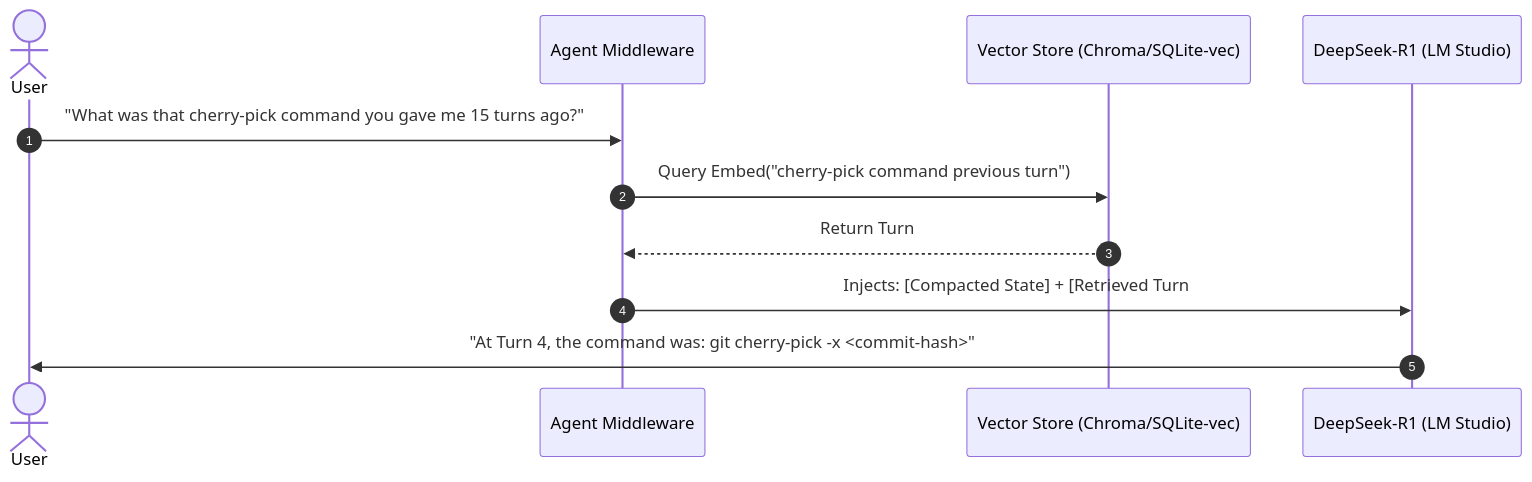
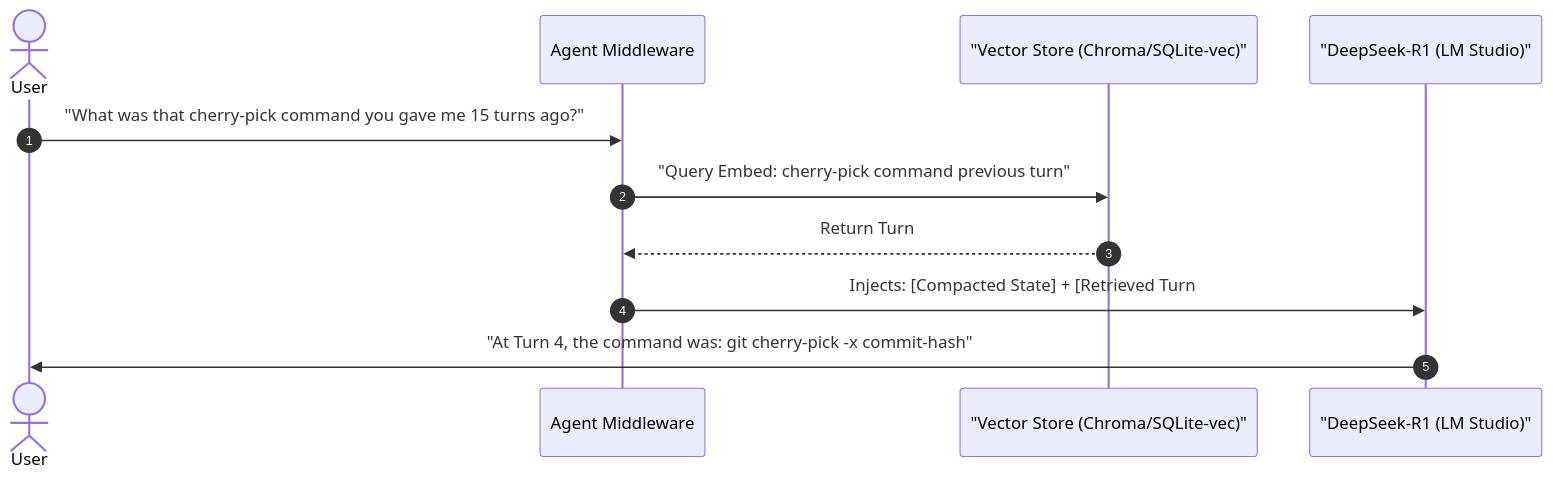
One commit to prethiv/Agentic-AI-Case-studies changed the third of 4 diagrams in case-studies/02-context-compaction-rag-memory/README.md. Above: the diagram before and after it, drawn with Mermaid. The commit also changed 12 other files, not shown here.

Commit message:
fix(mermaid): resolve syntax errors under Mermaid 11.17.2 and add diagram integrity unit tests

````diff
--- a/case-studies/02-context-compaction-rag-memory/README.md
+++ b/case-studies/02-context-compaction-rag-memory/README.md
@@ -150,14 +150,14 @@
 ```mermaid
 sequenceDiagram
     autonumber
     actor User
     participant App as Agent Middleware
-    participant VDB as Vector Store (Chroma/SQLite-vec)
-    participant LLM as DeepSeek-R1 (LM Studio)
+    participant VDB as "Vector Store (Chroma/SQLite-vec)"
+    participant LLM as "DeepSeek-R1 (LM Studio)"
 
     User->>App: "What was that cherry-pick command you gave me 15 turns ago?"
-    App->>VDB: Query Embed("cherry-pick command previous turn")
+    App->>VDB: "Query Embed: cherry-pick command previous turn"
     VDB-->>App: Return Turn #4 Chunk (Similarity: 0.89)
     App->>LLM: Injects: [Compacted State] + [Retrieved Turn #4] + [Active Prompt]
-    LLM->>User: "At Turn 4, the command was: git cherry-pick -x <commit-hash>"
+    LLM->>User: "At Turn 4, the command was: git cherry-pick -x commit-hash"
 ```
````
